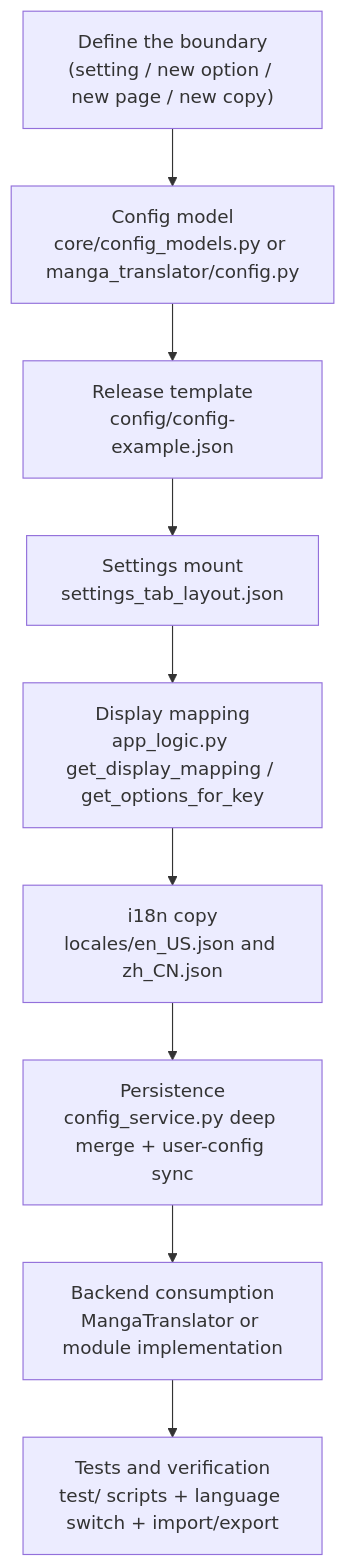
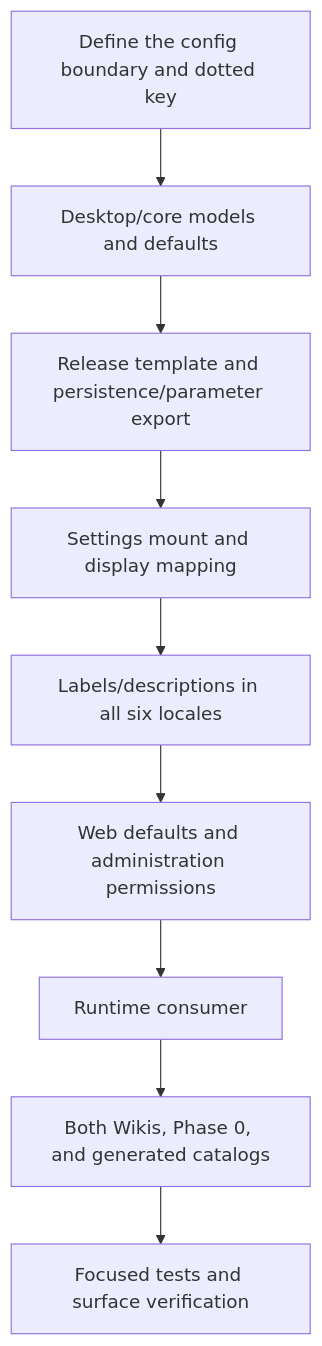
Before and after one commit to hgmzhn/manga-translator-ui: the diagram in doc/wiki/en/developer/adding-or-changing-a-feature.md, drawn with Mermaid. The commit also changed other lines of this file and 27 other files, not shown here.

````diff
--- a/doc/wiki/en/developer/adding-or-changing-a-feature.md
+++ b/doc/wiki/en/developer/adding-or-changing-a-feature.md
@@ -25,11 +25,11 @@
 ```mermaid
 flowchart TD
-    A["Define the boundary\n(setting / new option / new page / new copy)"] --> B["Config model\ncore/config_models.py or manga_translator/config.py"]
-    B --> C["Release template\nconfig/config-example.json"]
-    C --> D["Settings mount\nsettings_tab_layout.json"]
-    D --> E["Display mapping\napp_logic.py get_display_mapping / get_options_for_key"]
-    E --> F["i18n copy\nlocales/en_US.json and zh_CN.json"]
-    F --> G["Persistence\nconfig_service.py deep merge + user-config sync"]
-    G --> H["Backend consumption\nMangaTranslator or module implementation"]
-    H --> I["Tests and verification\ntest/ scripts + language switch + import/export"]
+    A["Define the config boundary and dotted key"] --> B["Desktop/core models and defaults"]
+    B --> C["Release template and persistence/parameter export"]
+    C --> D["Settings mount and display mapping"]
+    D --> E["Labels/descriptions in all six locales"]
+    E --> F["Web defaults and administration permissions"]
+    F --> G["Runtime consumer"]
+    G --> H["Both Wikis, Phase 0, and generated catalogs"]
+    H --> I["Focused tests and surface verification"]
 ```
````
